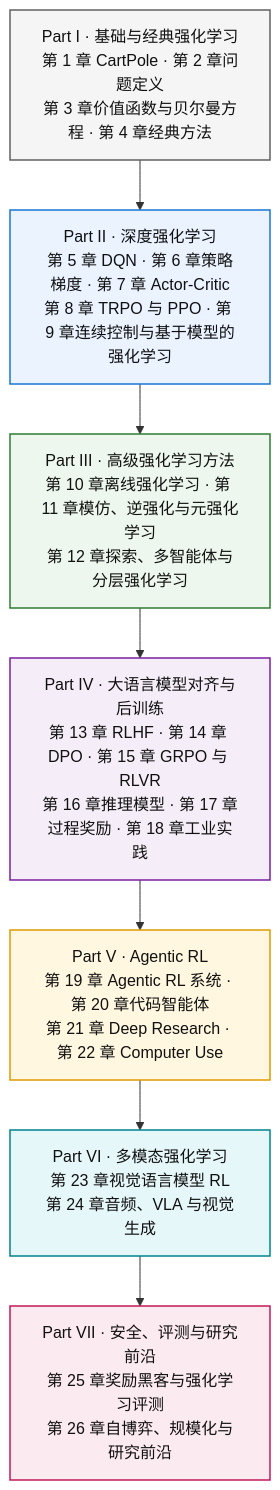
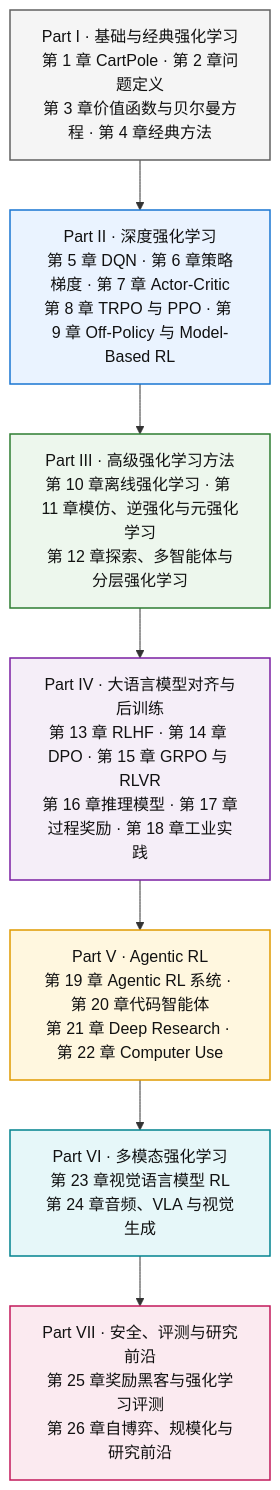
Before and after one commit to birhantprkc/hands-on-modern-rl: the diagram in docs/preface/introduction.md, drawn with Mermaid. The commit also changed other lines of this file and 10 other files, not shown here.

````diff
--- a/docs/preface/introduction.md
+++ b/docs/preface/introduction.md
@@ -297,35 +297,35 @@
 ```mermaid
 flowchart TD
     P1["Part I · 基础与经典强化学习<br/>第 1 章 CartPole · 第 2 章问题定义<br/>第 3 章价值函数与贝尔曼方程 · 第 4 章经典方法"]
 
-    P2["Part II · 深度强化学习<br/>第 5 章 DQN · 第 6 章策略梯度 · 第 7 章 Actor-Critic<br/>第 8 章 TRPO 与 PPO · 第 9 章连续控制与基于模型的强化学习"]
+    P2["Part II · 深度强化学习<br/>第 5 章 DQN · 第 6 章策略梯度 · 第 7 章 Actor-Critic<br/>第 8 章 TRPO 与 PPO · 第 9 章 Off-Policy 与 Model-Based RL"]
 
     P3["Part III · 高级强化学习方法<br/>第 10 章离线强化学习 · 第 11 章模仿、逆强化与元强化学习<br/>第 12 章探索、多智能体与分层强化学习"]
 
     P4["Part IV · 大语言模型对齐与后训练<br/>第 13 章 RLHF · 第 14 章 DPO · 第 15 章 GRPO 与 RLVR<br/>第 16 章推理模型 · 第 17 章过程奖励 · 第 18 章工业实践"]
 
     P5["Part V · Agentic RL<br/>第 19 章 Agentic RL 系统 · 第 20 章代码智能体<br/>第 21 章 Deep Research · 第 22 章 Computer Use"]
 
     P6["Part VI · 多模态强化学习<br/>第 23 章视觉语言模型 RL<br/>第 24 章音频、VLA 与视觉生成"]
 
     P7["Part VII · 安全、评测与研究前沿<br/>第 25 章奖励黑客与强化学习评测<br/>第 26 章自博弈、规模化与研究前沿"]
 
     P1 --> P2 --> P3 --> P4 --> P5 --> P6 --> P7
 
     classDef part1 fill:#f5f5f5,stroke:#616161,stroke-width:1.5px,color:#111
     classDef part2 fill:#eaf3ff,stroke:#1976d2,stroke-width:1.5px,color:#111
     classDef part3 fill:#edf7ed,stroke:#2e7d32,stroke-width:1.5px,color:#111
     classDef part4 fill:#f5eef8,stroke:#7b1fa2,stroke-width:1.5px,color:#111
     classDef part5 fill:#fff7df,stroke:#e09a00,stroke-width:1.5px,color:#111
     classDef part6 fill:#e6f7f9,stroke:#00838f,stroke-width:1.5px,color:#111
     classDef part7 fill:#fbeaf0,stroke:#c2185b,stroke-width:1.5px,color:#111
 
     class P1 part1
     class P2 part2
     class P3 part3
     class P4 part4
     class P5 part5
     class P6 part6
     class P7 part7
 
 ```
````
